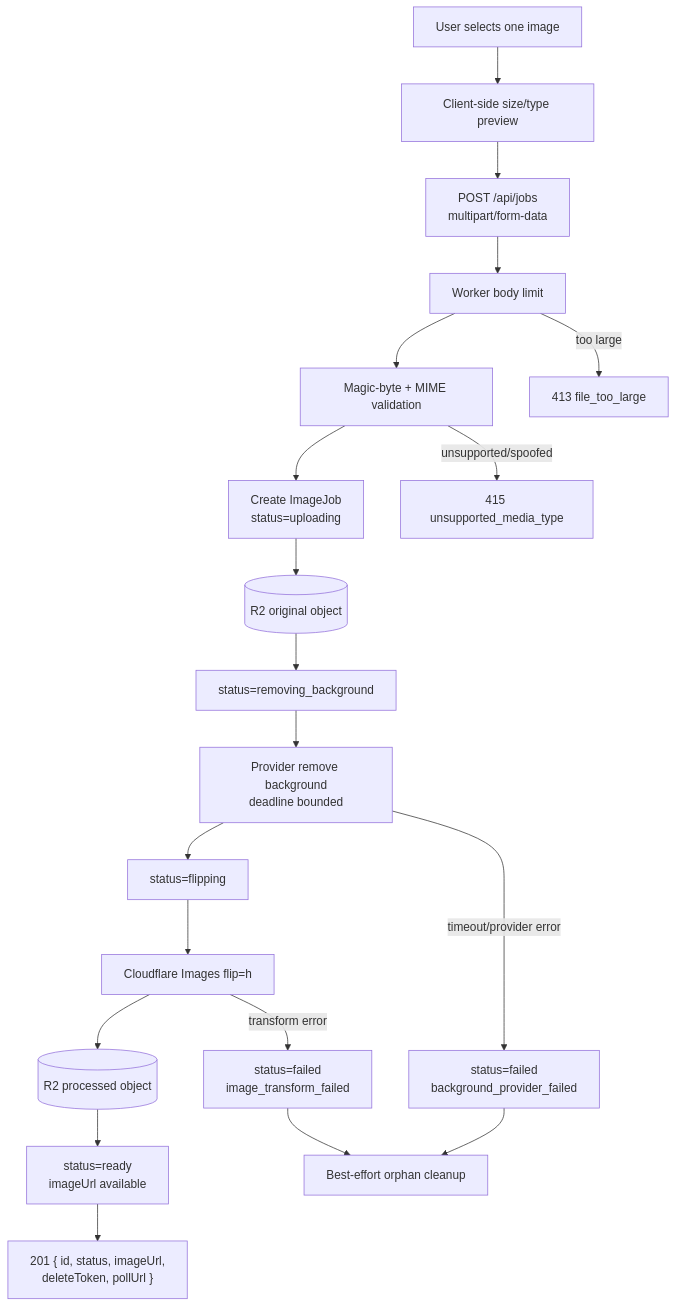
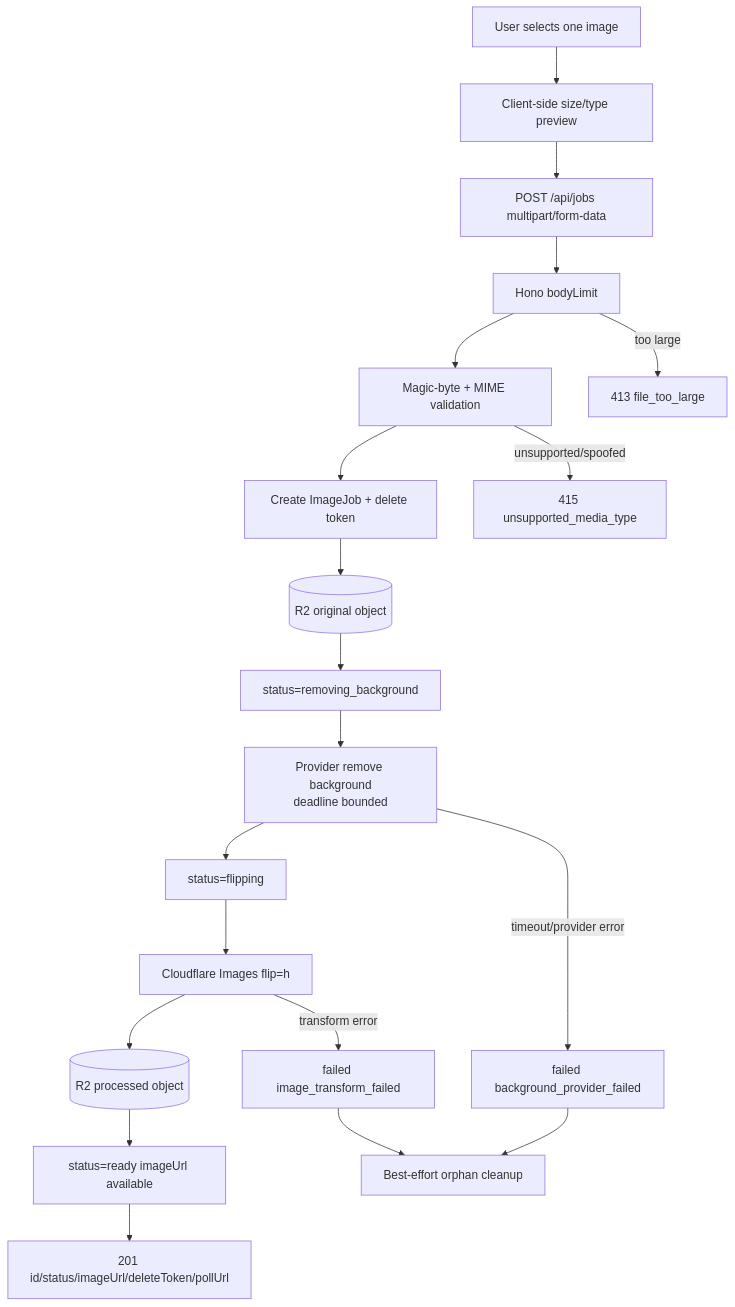
One commit to ozby/edge-matte changed the second of 10 diagrams in docs/architecture.md. Above: the diagram before and after it, drawn with Mermaid. The commit also changed other lines of this file and 7 other files, not shown here.

First line of the commit message:
Make architecture drift visible before docs and plans diverge

````diff
--- a/docs/architecture.md
+++ b/docs/architecture.md
@@ -36,23 +50,23 @@
 ```mermaid
 flowchart TD
     START[User selects one image] --> CLIENT_VALIDATE[Client-side size/type preview]
-    CLIENT_VALIDATE --> POST["POST /api/jobs<br/>multipart/form-data"]
-    POST --> LIMIT[Worker body limit]
+    CLIENT_VALIDATE --> POST[POST /api/jobs multipart/form-data]
+    POST --> LIMIT[Hono bodyLimit]
     LIMIT --> MAGIC[Magic-byte + MIME validation]
-    MAGIC --> JOB_CREATE["Create ImageJob<br/>status=uploading"]
+    MAGIC --> JOB_CREATE[Create ImageJob + delete token]
     JOB_CREATE --> STORE_ORIGINAL[(R2 original object)]
-    STORE_ORIGINAL --> BG_STATUS["status=removing_background"]
+    STORE_ORIGINAL --> BG_STATUS[status=removing_background]
     BG_STATUS --> BG_CALL[Provider remove background<br/>deadline bounded]
-    BG_CALL --> FLIP_STATUS["status=flipping"]
+    BG_CALL --> FLIP_STATUS[status=flipping]
     FLIP_STATUS --> FLIP[Cloudflare Images flip=h]
     FLIP --> STORE_PROCESSED[(R2 processed object)]
-    STORE_PROCESSED --> READY["status=ready<br/>imageUrl available"]
-    READY --> RESPONSE["201 { id, status, imageUrl,<br/>deleteToken, pollUrl }"]
+    STORE_PROCESSED --> READY[status=ready imageUrl available]
+    READY --> RESPONSE[201 id/status/imageUrl/deleteToken/pollUrl]
 
     LIMIT -->|too large| ERR_413[413 file_too_large]
     MAGIC -->|unsupported/spoofed| ERR_415[415 unsupported_media_type]
-    BG_CALL -->|timeout/provider error| FAIL_PROVIDER["status=failed<br/>background_provider_failed"]
-    FLIP -->|transform error| FAIL_TRANSFORM["status=failed<br/>image_transform_failed"]
+    BG_CALL -->|timeout/provider error| FAIL_PROVIDER[failed background_provider_failed]
+    FLIP -->|transform error| FAIL_TRANSFORM[failed image_transform_failed]
     FAIL_PROVIDER --> CLEANUP[Best-effort orphan cleanup]
     FAIL_TRANSFORM --> CLEANUP
 ```
````
